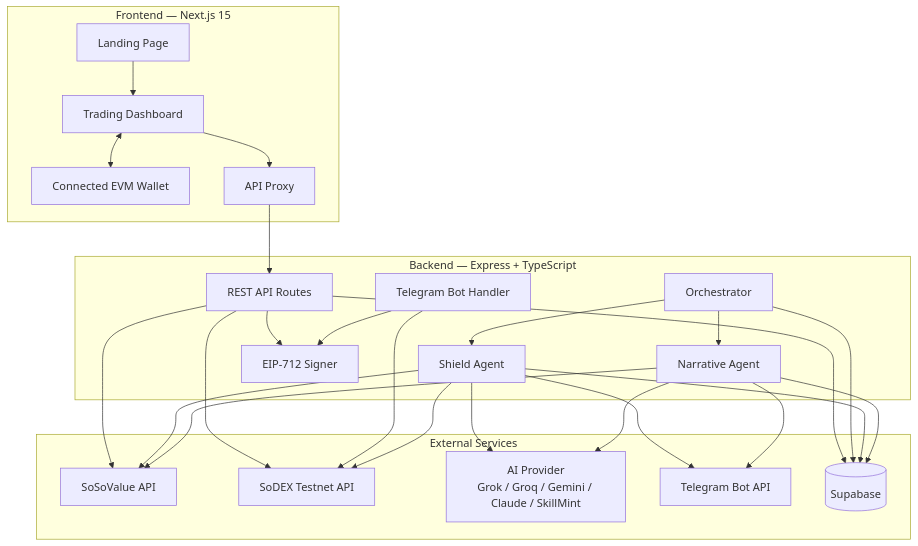
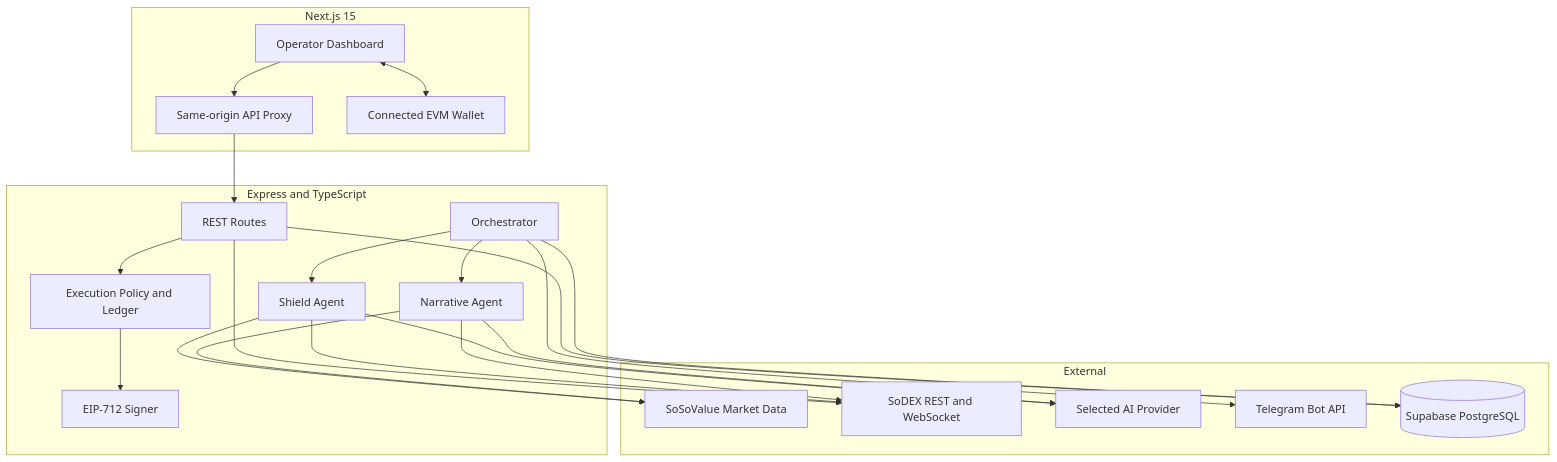
The diagram in README.md (Anu062004/Herewesoso), drawn with Mermaid before and after one commit. The commit also changed other lines of this file and 60 other files, not shown here.

````diff
--- a/README.md
+++ b/README.md
@@ -116,49 +48,42 @@
 ```mermaid
 flowchart TB
-  subgraph External["External Services"]
-    SV[SoSoValue API]
-    SD[SoDEX Testnet API]
-    AI[AI Provider<br/>Grok / Groq / Gemini / Claude / SkillMint]
+  subgraph External
+    SV[SoSoValue Market Data]
+    SD[SoDEX REST and WebSocket]
+    LLM[Selected AI Provider]
     TG[Telegram Bot API]
-    SB[(Supabase)]
+    DB[(Supabase PostgreSQL)]
   end
 
-  subgraph Backend["Backend — Express + TypeScript"]
+  subgraph Backend[Express and TypeScript]
+    API[REST Routes]
     ORCH[Orchestrator]
     NA[Narrative Agent]
-    SA[Shield Agent]
-    API[REST API Routes]
-    TB[Telegram Bot Handler]
+    SH[Shield Agent]
+    POLICY[Execution Policy and Ledger]
     SIGN[EIP-712 Signer]
   end
 
-  subgraph Frontend["Frontend — Next.js 15"]
-    LAND[Landing Page]
-    DASH[Trading Dashboard]
+  subgraph Frontend[Next.js 15]
+    UI[Operator Dashboard]
+    PROXY[Same-origin API Proxy]
     WALLET[Connected EVM Wallet]
-    PROXY[API Proxy]
   end
 
   ORCH --> NA
-  ORCH --> SA
+  ORCH --> SH
   NA --> SV
-  NA --> AI
-  SA --> SD
-  SA --> SV
-  SA --> AI
-  NA --> SB
-  SA --> SB
-  NA --> TG
-  SA --> TG
-  ORCH --> SB
-  TB --> SD
-  TB --> SIGN
-  API --> SB
+  NA --> SD
+  SH --> SV
+  SH --> SD
+  NA --> LLM
+  SH --> LLM
+  ORCH --> DB
+  API --> DB
   API --> SD
-  API --> SV
-  API --> SIGN
-  LAND --> DASH
-  DASH <--> WALLET
-  DASH --> PROXY
-  PROXY --> API
+  API --> POLICY
+  POLICY --> SIGN
+  ORCH --> TG
+  UI --> PROXY --> API
+  UI <--> WALLET
 ```
````
